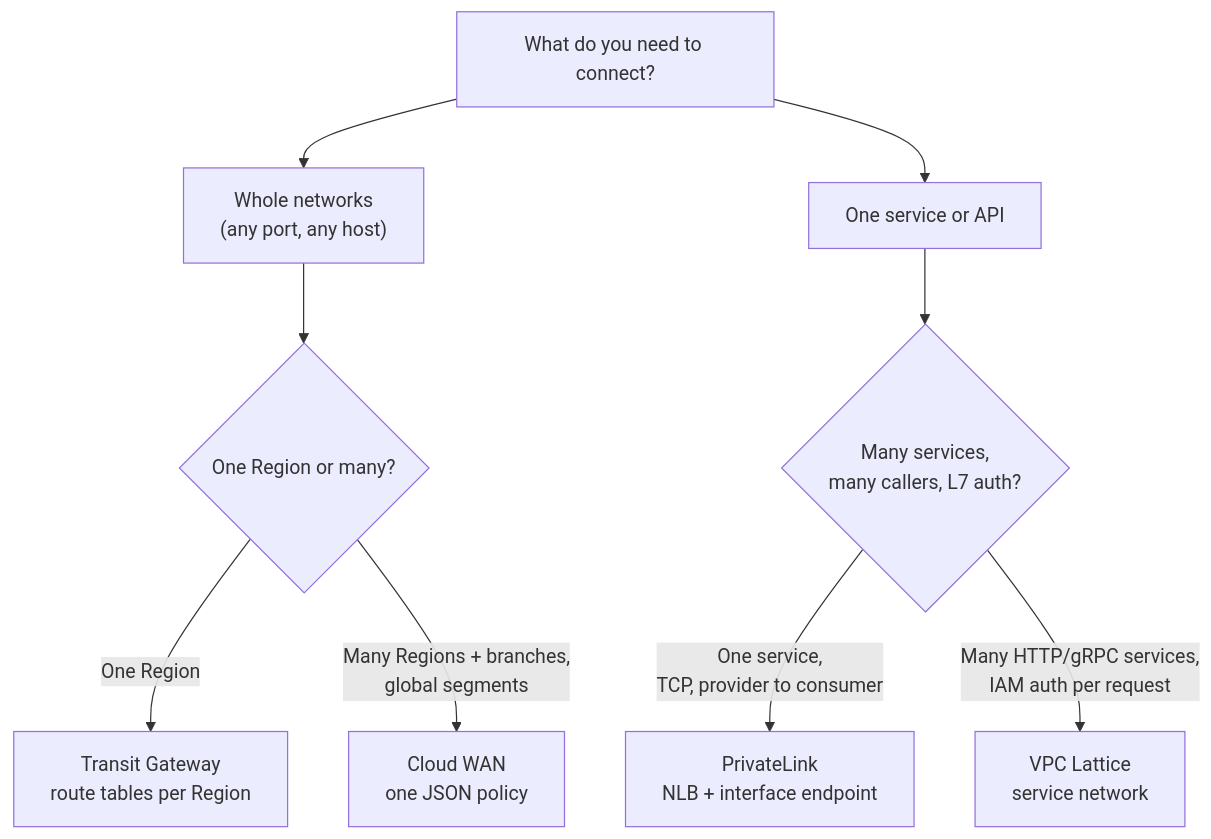
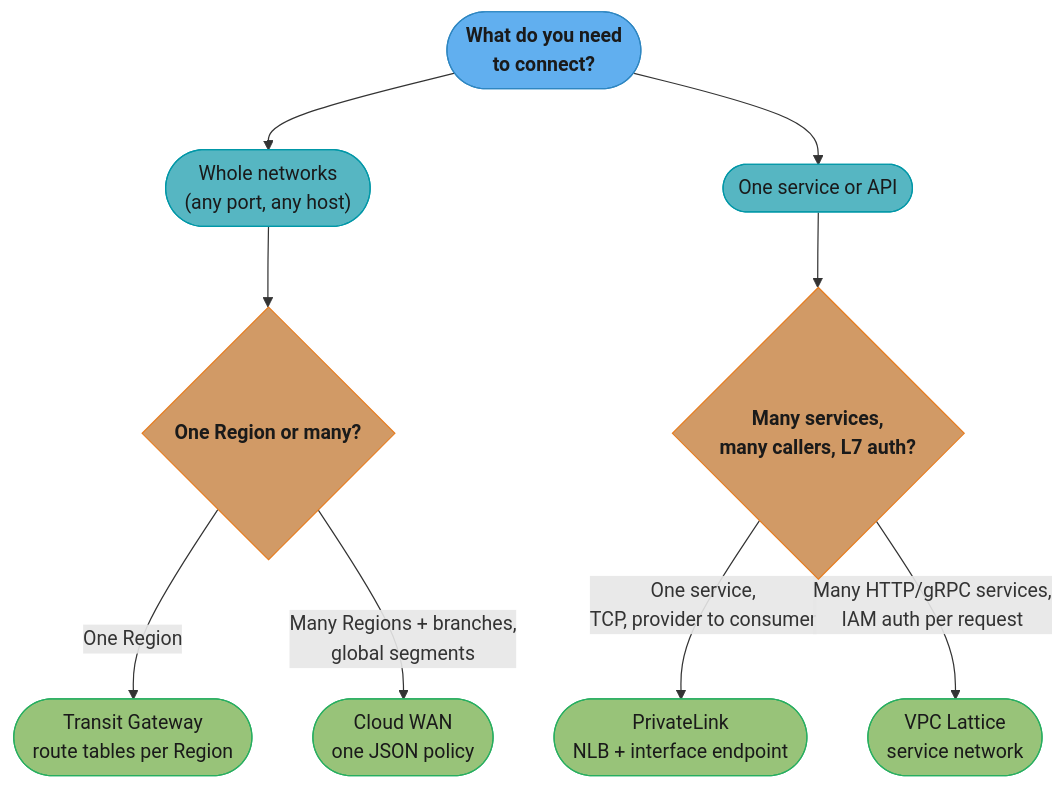
One commit to rppol/system-design changed the first of 6 diagrams in src/main/java/com/rutik/systemdesign/devops/cloud_networking_and_cdn/cloud_networking_and_cdn.md. Above: the diagram before and after it, drawn with Mermaid. The commit also changed other lines of this file and 63 other files, not shown here.

````diff
--- a/src/main/java/com/rutik/systemdesign/devops/cloud_networking_and_cdn/cloud_networking_and_cdn.md
+++ b/src/main/java/com/rutik/systemdesign/devops/cloud_networking_and_cdn/cloud_networking_and_cdn.md
@@ -67,11 +69,23 @@
 ```mermaid
 flowchart TD
-    Q["What do you need to connect?"] --> N["Whole networks<br/>(any port, any host)"]
-    Q --> S["One service or API"]
+    classDef io      fill:#61afef,stroke:#2e86c1,color:#1a1a1a,font-weight:bold
+    classDef frozen  fill:#c678dd,stroke:#9b59b6,color:#fff
+    classDef train   fill:#98c379,stroke:#27ae60,color:#1a1a1a
+    classDef mathOp  fill:#d19a66,stroke:#e67e22,color:#1a1a1a,font-weight:bold
+    classDef lossN   fill:#e06c75,stroke:#c0392b,color:#fff,font-weight:bold
+    classDef req     fill:#56b6c2,stroke:#0097a7,color:#1a1a1a
+    classDef base    fill:#e5c07b,stroke:#f39c12,color:#1a1a1a
+    Q(["What do you need<br/>to connect?"]) --> N(["Whole networks<br/>(any port, any host)"])
+    Q --> S(["One service or API"])
     N --> R1{"One Region or many?"}
-    R1 -->|"One Region"| TGW["Transit Gateway<br/>route tables per Region"]
-    R1 -->|"Many Regions + branches,<br/>global segments"| WAN["Cloud WAN<br/>one JSON policy"]
+    R1 -->|"One Region"| TGW(["Transit Gateway<br/>route tables per Region"])
+    R1 -->|"Many Regions + branches,<br/>global segments"| WAN(["Cloud WAN<br/>one JSON policy"])
     S --> P1{"Many services,<br/>many callers, L7 auth?"}
-    P1 -->|"One service,<br/>TCP, provider to consumer"| PL["PrivateLink<br/>NLB + interface endpoint"]
-    P1 -->|"Many HTTP/gRPC services,<br/>IAM auth per request"| LAT["VPC Lattice<br/>service network"]
+    P1 -->|"One service,<br/>TCP, provider to consumer"| PL(["PrivateLink<br/>NLB + interface endpoint"])
+    P1 -->|"Many HTTP/gRPC services,<br/>IAM auth per request"| LAT(["VPC Lattice<br/>service network"])
+
+    class Q io
+    class N,S req
+    class R1,P1 mathOp
+    class TGW,WAN,PL,LAT train
 ```
````
